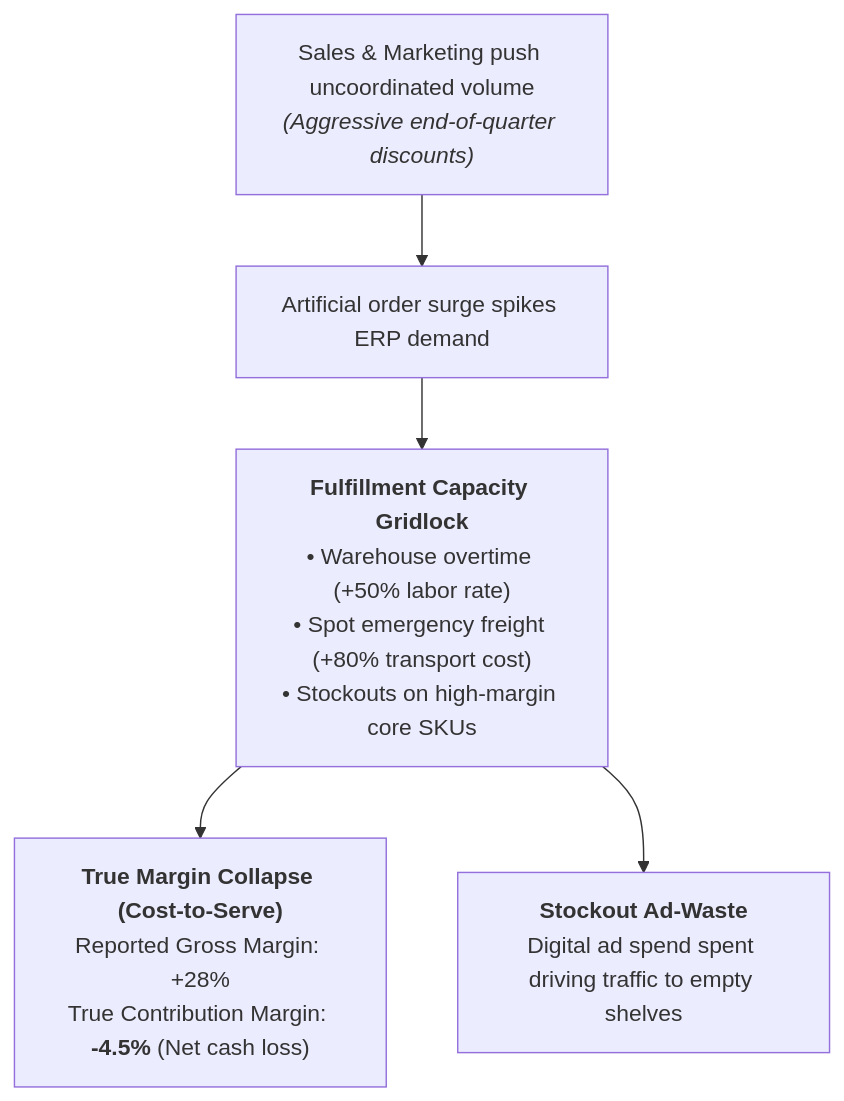
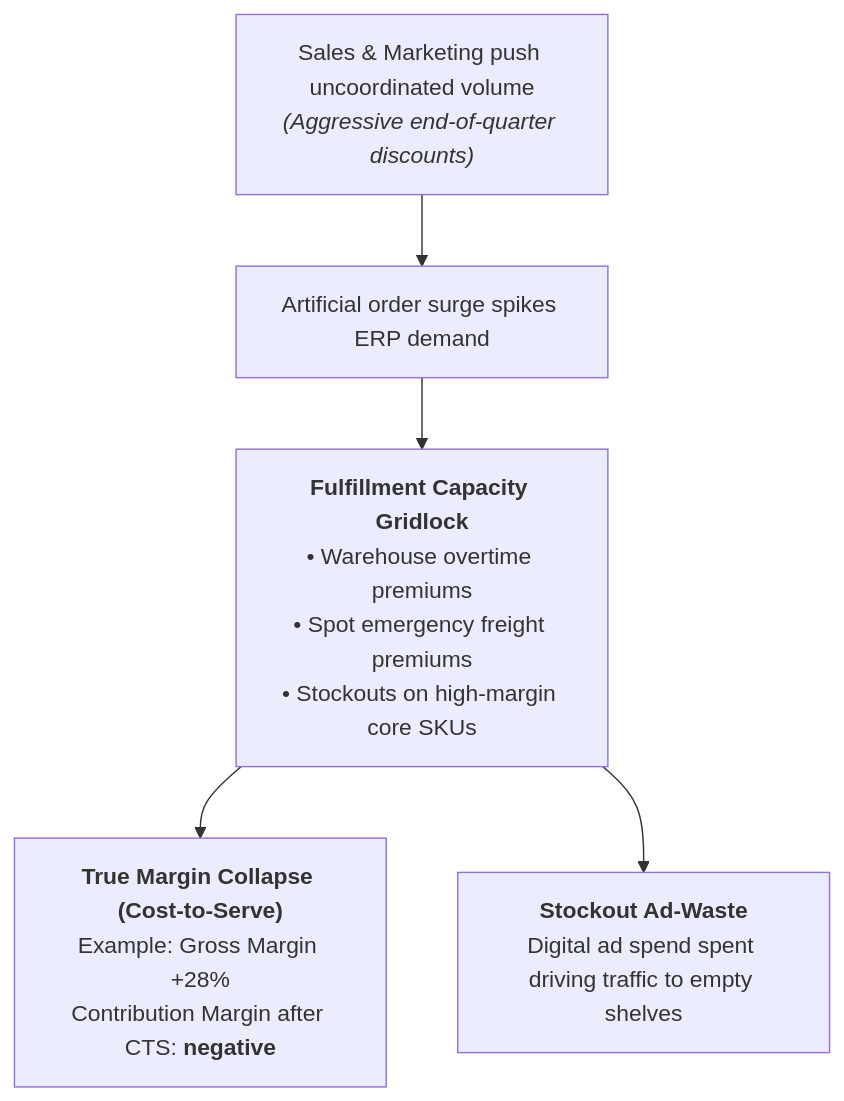
One commit to esstipi-debug/mellon changed the fifth of 11 diagrams in DEPLOYMENT-STRATEGIST-WHITEPAPER-MASTER.md. Above: the diagram before and after it, drawn with Mermaid. The commit also changed other lines of this file and 3 other files, not shown here.

````diff
--- a/DEPLOYMENT-STRATEGIST-WHITEPAPER-MASTER.md
+++ b/DEPLOYMENT-STRATEGIST-WHITEPAPER-MASTER.md
@@ -264,7 +268,7 @@
 ```mermaid
 flowchart TD
     V1["Sales & Marketing push uncoordinated volume<br><i>(Aggressive end-of-quarter discounts)</i>"] --> V2["Artificial order surge spikes ERP demand"]
-    V2 --> V3["<b>Fulfillment Capacity Gridlock</b><br>• Warehouse overtime (+50% labor rate)<br>• Spot emergency freight (+80% transport cost)<br>• Stockouts on high-margin core SKUs"]
-    V3 --> V4["<b>True Margin Collapse (Cost-to-Serve)</b><br>Reported Gross Margin: +28%<br>True Contribution Margin: <b>-4.5%</b> (Net cash loss)"]
+    V2 --> V3["<b>Fulfillment Capacity Gridlock</b><br>• Warehouse overtime premiums<br>• Spot emergency freight premiums<br>• Stockouts on high-margin core SKUs"]
+    V3 --> V4["<b>True Margin Collapse (Cost-to-Serve)</b><br>Example: Gross Margin +28%<br>Contribution Margin after CTS: <b>negative</b>"]
     V3 --> V5["<b>Stockout Ad-Waste</b><br>Digital ad spend spent driving traffic to empty shelves"]
 ```
````
